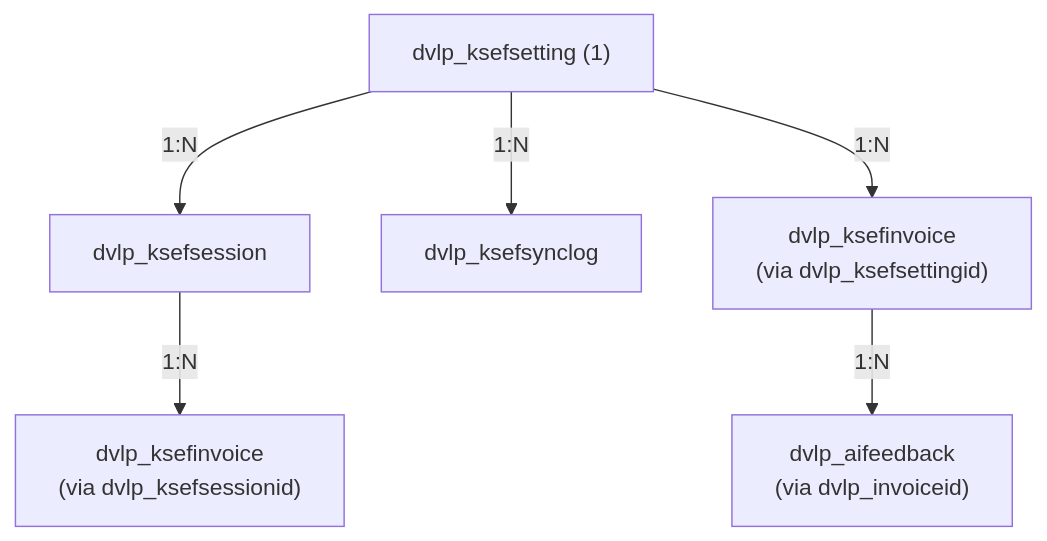
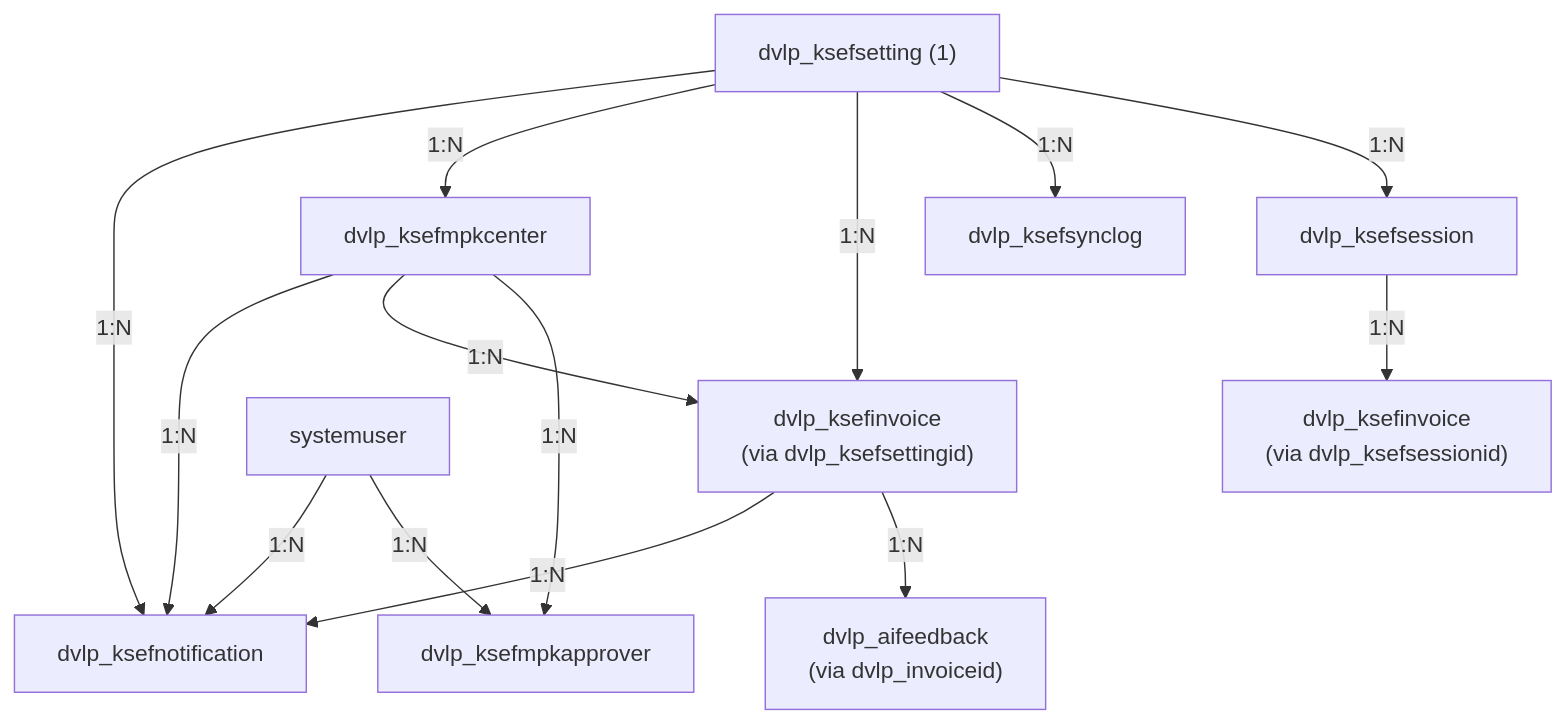
Before and after one commit to Developico/KSeF-Copilot: the second of 2 diagrams in docs/pl/DATAVERSE_SCHEMAT.md, drawn with Mermaid. The commit also changed other lines of this file and 131 other files, not shown here.

````diff
--- a/docs/pl/DATAVERSE_SCHEMAT.md
+++ b/docs/pl/DATAVERSE_SCHEMAT.md
@@ -904,8 +1065,16 @@
 ```mermaid
 graph TD
     Setting["dvlp_ksefsetting (1)"] -->|1:N| Session["dvlp_ksefsession"]
     Setting -->|1:N| SyncLog["dvlp_ksefsynclog"]
     Setting -->|1:N| Invoice1["dvlp_ksefinvoice<br/>(via dvlp_ksefsettingid)"]
+    Setting -->|1:N| MpkCenter["dvlp_ksefmpkcenter"]
+    Setting -->|1:N| Notification["dvlp_ksefnotification"]
     Session -->|1:N| Invoice2["dvlp_ksefinvoice<br/>(via dvlp_ksefsessionid)"]
     Invoice1 -->|1:N| Feedback["dvlp_aifeedback<br/>(via dvlp_invoiceid)"]
+    Invoice1 -->|1:N| Notification
+    MpkCenter -->|1:N| Approver["dvlp_ksefmpkapprover"]
+    MpkCenter -->|1:N| Invoice1
+    MpkCenter -->|1:N| Notification
+    SystemUser["systemuser"] -->|1:N| Approver
+    SystemUser -->|1:N| Notification
 ```
````
